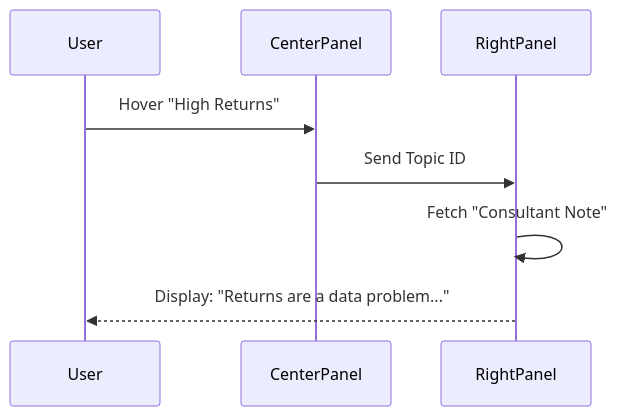
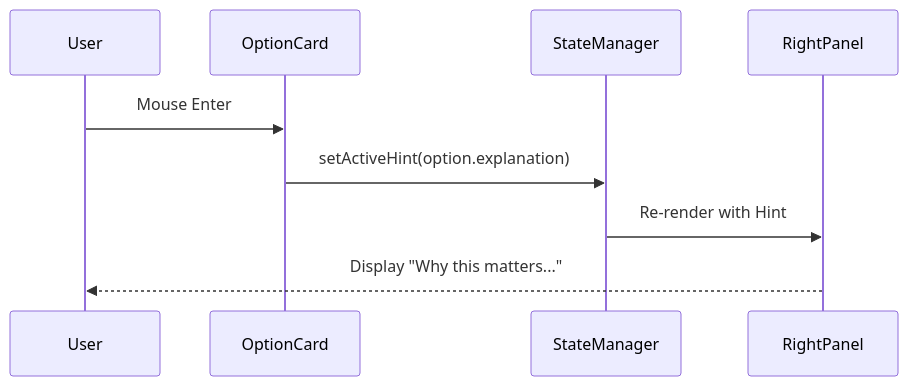
The diagram in docs/wizard/prompts/screen-2/04-right-panel-intelligence.md (amo-tech-ai/sunaiv17), drawn with Mermaid before and after one commit. The commit also changed other lines of this file and 4 other files, not shown here.

````diff
--- a/docs/wizard/prompts/screen-2/04-right-panel-intelligence.md
+++ b/docs/wizard/prompts/screen-2/04-right-panel-intelligence.md
@@ -38,11 +49,12 @@
 ```mermaid
 sequenceDiagram
     participant User
-    participant CenterPanel
+    participant OptionCard
+    participant StateManager
     participant RightPanel
     
-    User->>CenterPanel: Hover "High Returns"
-    CenterPanel->>RightPanel: Send Topic ID
-    RightPanel->>RightPanel: Fetch "Consultant Note"
-    RightPanel-->>User: Display: "Returns are a data problem..."
+    User->>OptionCard: Mouse Enter
+    OptionCard->>StateManager: setActiveHint(option.explanation)
+    StateManager->>RightPanel: Re-render with Hint
+    RightPanel-->>User: Display "Why this matters..."
 ```
````
